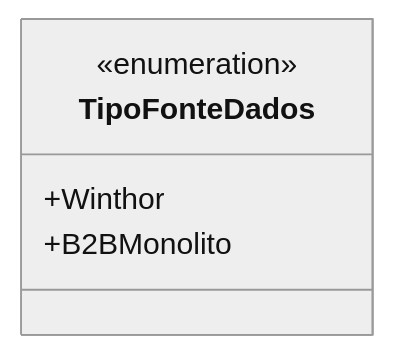
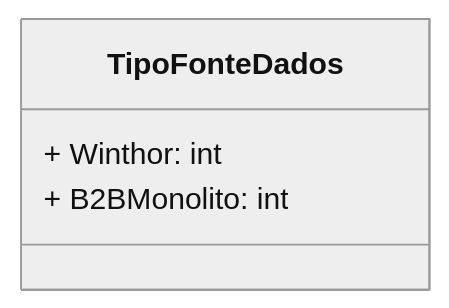
The diagram in docs/b2b-dominio/IsthmusWinthor.Nucleo/IsthmusWinthor.Dominio/Enumeradores/TipoFonteDados.md (IsthmusSistemas/documentacao-tecnica), drawn with Mermaid (neutral theme) before and after one commit. The commit also changed other lines of this file and 882 other files, not shown here.

````diff
--- a/docs/b2b-dominio/IsthmusWinthor.Nucleo/IsthmusWinthor.Dominio/Enumeradores/TipoFonteDados.md
+++ b/docs/b2b-dominio/IsthmusWinthor.Nucleo/IsthmusWinthor.Dominio/Enumeradores/TipoFonteDados.md
@@ -15,8 +16,7 @@
 ```mermaid
 classDiagram
     class TipoFonteDados {
-        <<enumeration>>
-        +Winthor
-        +B2BMonolito
+        + Winthor: int
+        + B2BMonolito: int
     }
-``` 
+```
````
